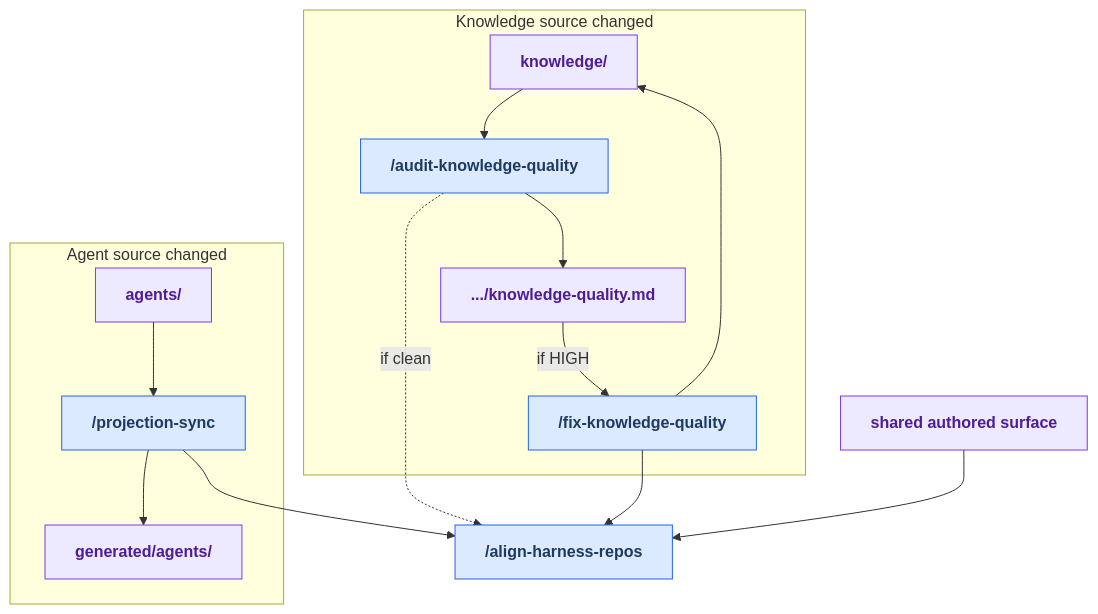
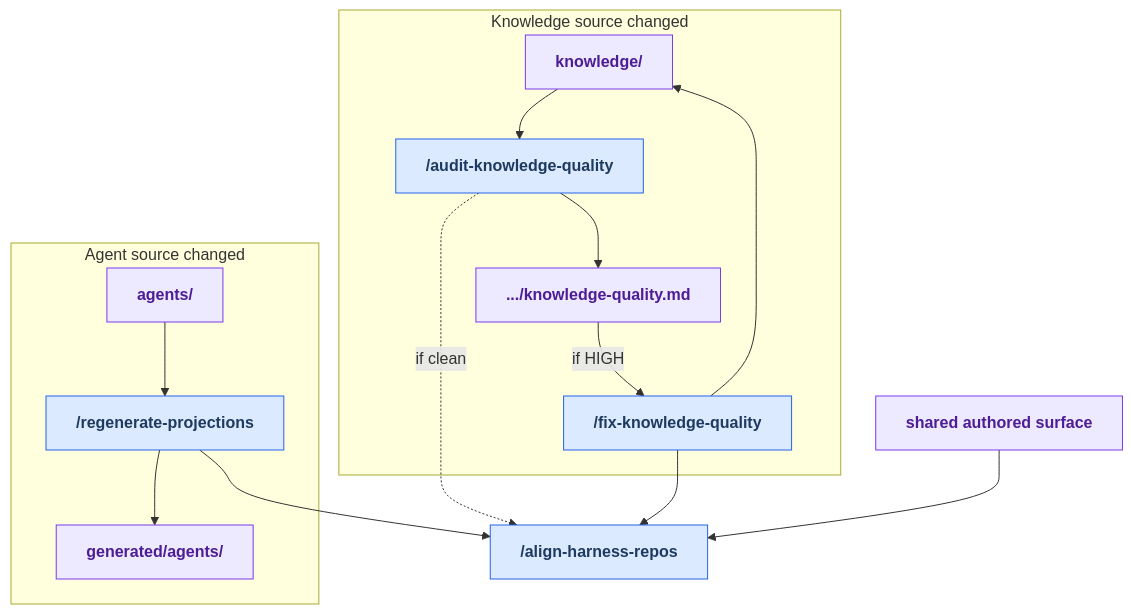
One commit to russell-laing/al-dev-shared changed the diagram in docs/maintainer-tooling/derive.md. Above: the diagram before and after it, drawn with Mermaid. The commit also changed other lines of this file and 12 other files, not shown here.

Commit message:
🚚 chore(regenerate-projections): rename from projection-sync

````diff
--- a/docs/maintainer-tooling/derive.md
+++ b/docs/maintainer-tooling/derive.md
@@ -61,40 +61,40 @@
 ```mermaid
 flowchart TD
     classDef userSkill fill:#dbeafe,stroke:#2563eb,color:#1e3a5f,font-weight:bold
     classDef artifact fill:#ede9fe,stroke:#7c3aed,color:#4c1d95,font-weight:bold
 
     subgraph agent_lane["Agent source changed"]
         art_agent_source["agents/"]
-        skill_projection_sync["/projection-sync"]
+        skill_regenerate_projections["/regenerate-projections"]
         art_generated_agents["generated/agents/"]
     end
     subgraph knowledge_lane["Knowledge source changed"]
         art_knowledge_source["knowledge/"]
         skill_audit_knowledge_quality["/audit-knowledge-quality"]
         art_knowledge_quality_report[".../knowledge-quality.md"]
         skill_fix_knowledge_quality["/fix-knowledge-quality"]
     end
     art_shared_surface["shared authored surface"]
     skill_align_harness_repos["/align-harness-repos"]
 
-    art_agent_source --> skill_projection_sync
-    skill_projection_sync --> art_generated_agents
-    skill_projection_sync --> skill_align_harness_repos
+    art_agent_source --> skill_regenerate_projections
+    skill_regenerate_projections --> art_generated_agents
+    skill_regenerate_projections --> skill_align_harness_repos
     art_knowledge_source --> skill_audit_knowledge_quality
     skill_audit_knowledge_quality --> art_knowledge_quality_report
     art_knowledge_quality_report -- "if HIGH" --> skill_fix_knowledge_quality
     skill_audit_knowledge_quality -. "if clean" .-> skill_align_harness_repos
     skill_fix_knowledge_quality --> art_knowledge_source
     skill_fix_knowledge_quality --> skill_align_harness_repos
     art_shared_surface --> skill_align_harness_repos
 
-    class skill_projection_sync userSkill
+    class skill_regenerate_projections userSkill
     class skill_audit_knowledge_quality userSkill
     class skill_fix_knowledge_quality userSkill
     class skill_align_harness_repos userSkill
     class art_agent_source artifact
     class art_generated_agents artifact
     class art_knowledge_source artifact
     class art_knowledge_quality_report artifact
     class art_shared_surface artifact
 ```
````
